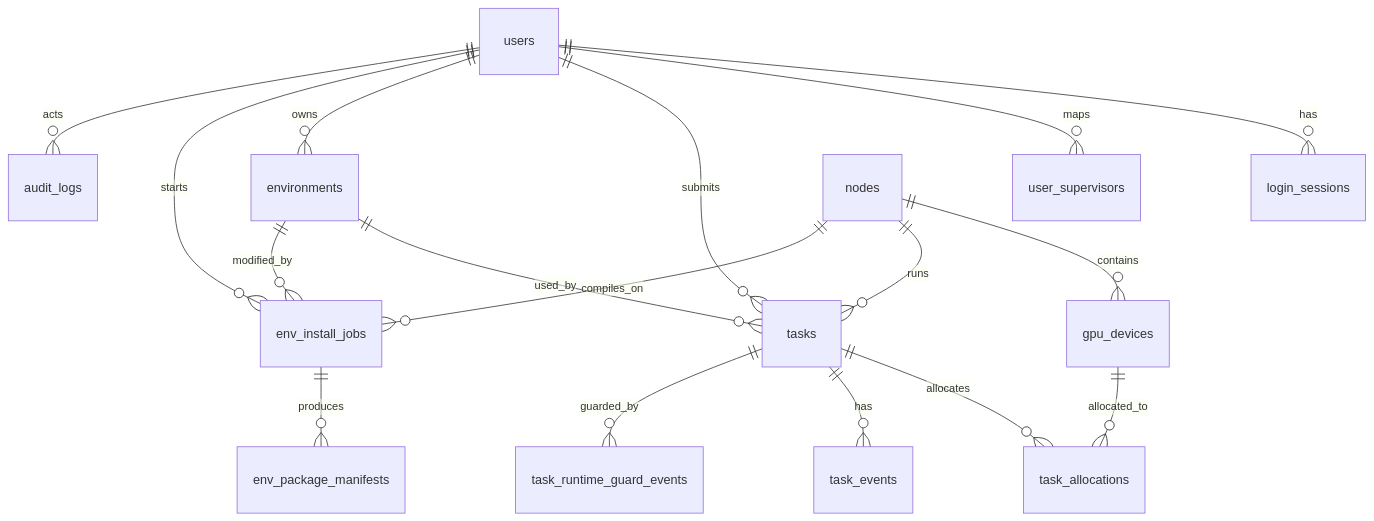
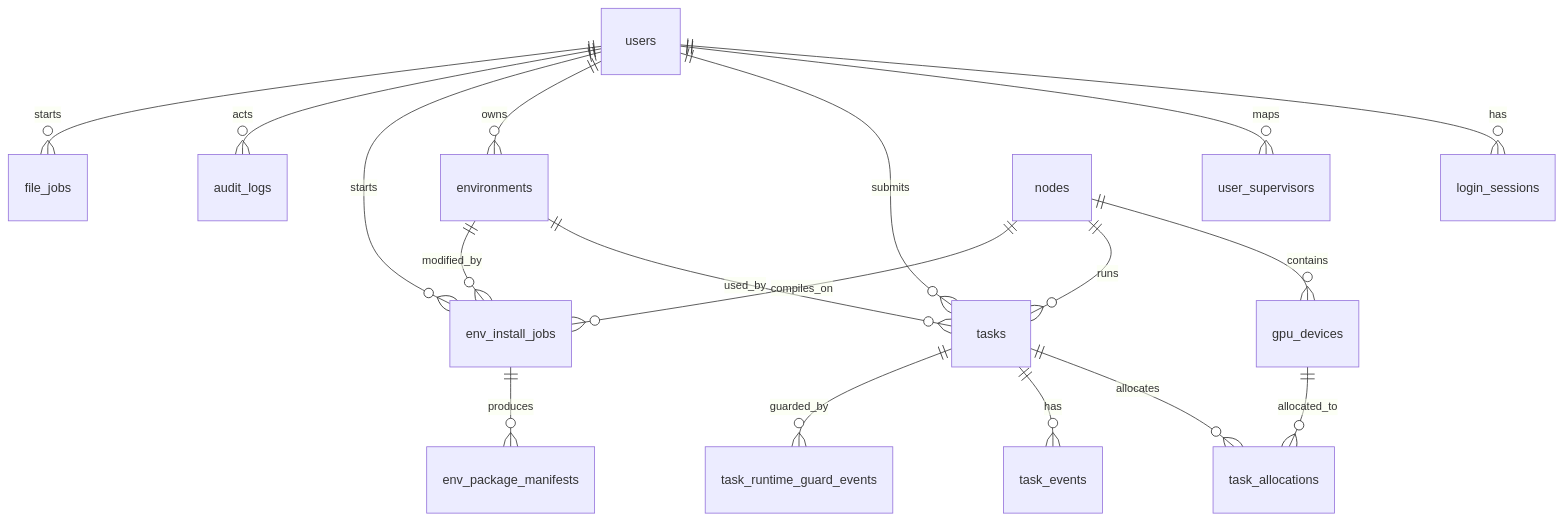
Before and after one commit to ZnsNgk/NebulaGrid: the second of 5 diagrams in docs/NebulaGrid_Tianshu_3.0_System Architecture Design.md, drawn with Mermaid. The commit also changed other lines of this file and 35 other files, not shown here.

````diff
--- a/docs/NebulaGrid_Tianshu_3.0_System Architecture Design.md
+++ b/docs/NebulaGrid_Tianshu_3.0_System Architecture Design.md
@@ -282,22 +284,23 @@
 ```mermaid
 erDiagram
     users ||--o{ login_sessions : has
     users ||--o{ user_supervisors : maps
     users ||--o{ tasks : submits
     users ||--o{ environments : owns
     users ||--o{ env_install_jobs : starts
     users ||--o{ audit_logs : acts
+    users ||--o{ file_jobs : starts
 
     nodes ||--o{ gpu_devices : contains
     nodes ||--o{ tasks : runs
     nodes ||--o{ env_install_jobs : compiles_on
 
     tasks ||--o{ task_allocations : allocates
     tasks ||--o{ task_events : has
     tasks ||--o{ task_runtime_guard_events : guarded_by
     gpu_devices ||--o{ task_allocations : allocated_to
 
     environments ||--o{ tasks : used_by
     environments ||--o{ env_install_jobs : modified_by
     env_install_jobs ||--o{ env_package_manifests : produces
 ```
````
